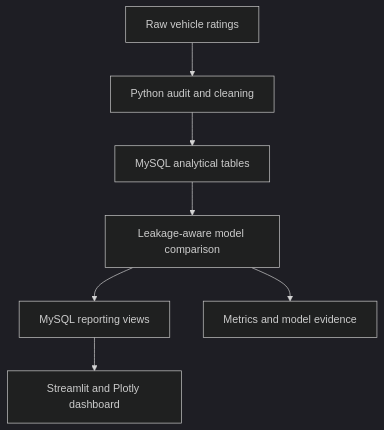
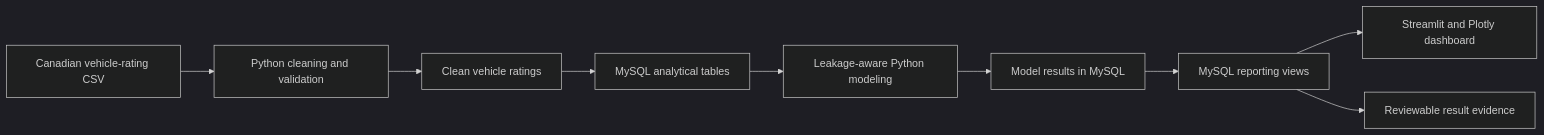
Before and after one commit to rafiadabhi/fuel-consumption-emissions-analytics: the diagram in README.md, drawn with Mermaid (dark theme). The commit also changed other lines of this file, not shown here.

````diff
--- a/README.md
+++ b/README.md
@@ -42,9 +70,11 @@
 ```mermaid
-flowchart TD
-    A[Raw vehicle ratings] --> B[Python audit and cleaning]
-    B --> C[MySQL analytical tables]
-    C --> D[Leakage-aware model comparison]
-    D --> E[MySQL reporting views]
-    E --> F[Streamlit and Plotly dashboard]
-    D --> G[Metrics and model evidence]
+flowchart LR
+    A["Canadian vehicle-rating CSV"] --> B["Python cleaning and validation"]
+    B --> C["Clean vehicle ratings"]
+    C --> D["MySQL analytical tables"]
+    D --> E["Leakage-aware Python modeling"]
+    E --> F["Model results in MySQL"]
+    F --> G["MySQL reporting views"]
+    G --> H["Streamlit and Plotly dashboard"]
+    G --> I["Reviewable result evidence"]
 ```
````
